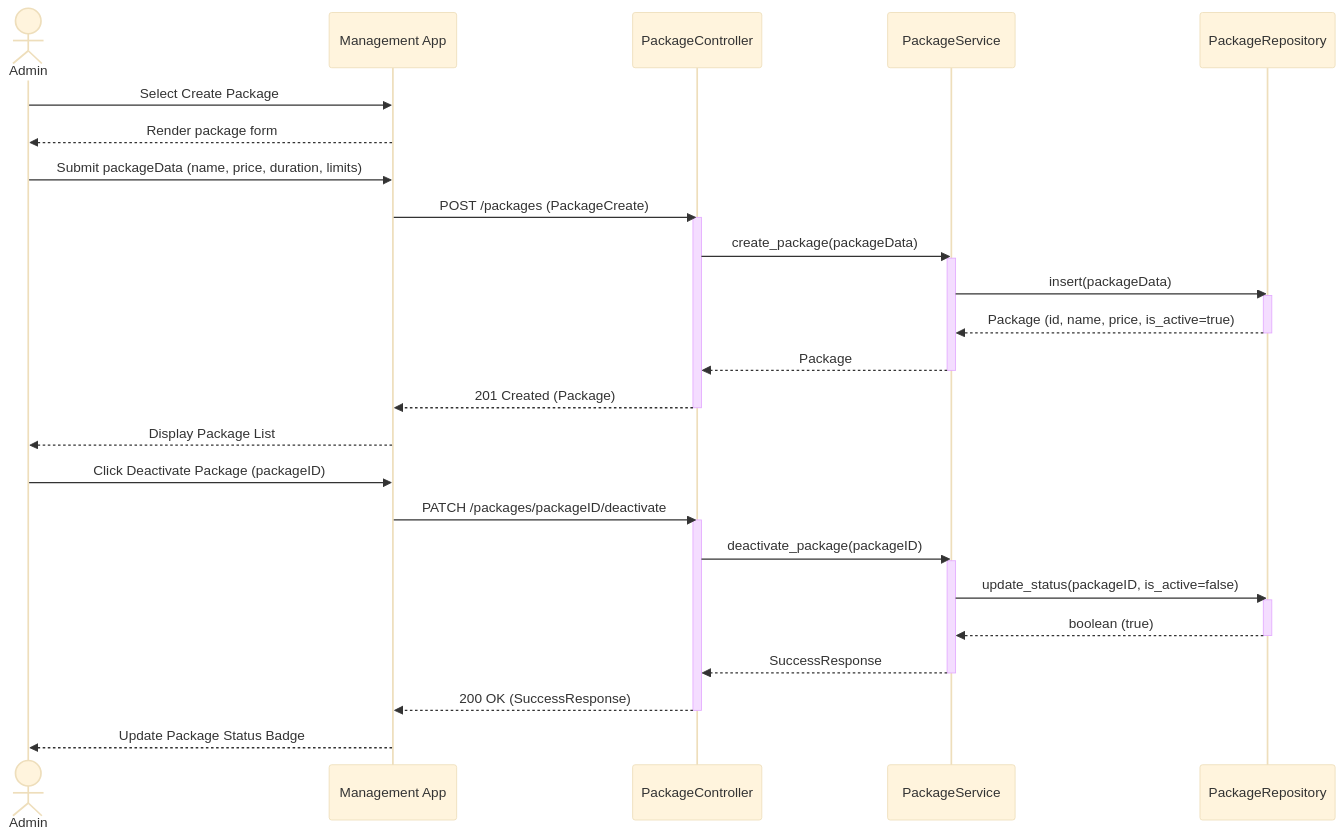
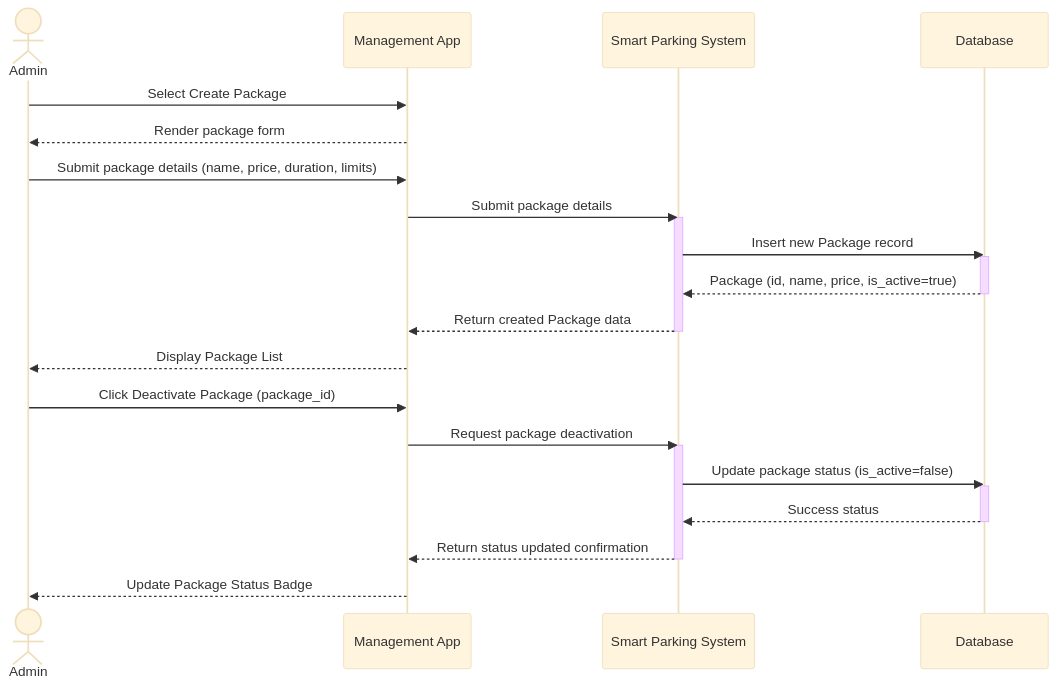
The eighth of 16 diagrams in docs/Smart_Parking_Lot_System_Documentation.md (kxunsithu/smart-parking-lot-system), drawn with Mermaid (base theme) before and after one commit. The commit also changed other lines of this file, not shown here.

````diff
--- a/docs/Smart_Parking_Lot_System_Documentation.md
+++ b/docs/Smart_Parking_Lot_System_Documentation.md
@@ -964,40 +950,31 @@
 ```mermaid
 sequenceDiagram
     actor Admin
     participant UI as Management App
-    participant API as PackageController
-    participant Service as PackageService
-    participant DB as PackageRepository
+    participant System as Smart Parking System
+    participant DB as Database
 
     Admin->>UI: Select Create Package
     UI-->>Admin: Render package form
-    Admin->>UI: Submit packageData (name, price, duration, limits)
-    UI->>API: POST /packages (PackageCreate)
-    activate API
-    API->>Service: create_package(packageData)
-    activate Service
-    Service->>DB: insert(packageData)
+    Admin->>UI: Submit package details (name, price, duration, limits)
+    UI->>System: Submit package details
+    activate System
+    System->>DB: Insert new Package record
     activate DB
-    DB-->>Service: Package (id, name, price, is_active=true)
+    DB-->>System: Package (id, name, price, is_active=true)
     deactivate DB
-    Service-->>API: Package
-    deactivate Service
-    API-->>UI: 201 Created (Package)
-    deactivate API
+    System-->>UI: Return created Package data
+    deactivate System
     UI-->>Admin: Display Package List
 
-    Admin->>UI: Click Deactivate Package (packageID)
-    UI->>API: PATCH /packages/packageID/deactivate
-    activate API
-    API->>Service: deactivate_package(packageID)
-    activate Service
-    Service->>DB: update_status(packageID, is_active=false)
+    Admin->>UI: Click Deactivate Package (package_id)
+    UI->>System: Request package deactivation
+    activate System
+    System->>DB: Update package status (is_active=false)
     activate DB
-    DB-->>Service: boolean (true)
+    DB-->>System: Success status
     deactivate DB
-    Service-->>API: SuccessResponse
-    deactivate Service
-    API-->>UI: 200 OK (SuccessResponse)
-    deactivate API
+    System-->>UI: Return status updated confirmation
+    deactivate System
     UI-->>Admin: Update Package Status Badge
 ```
````
